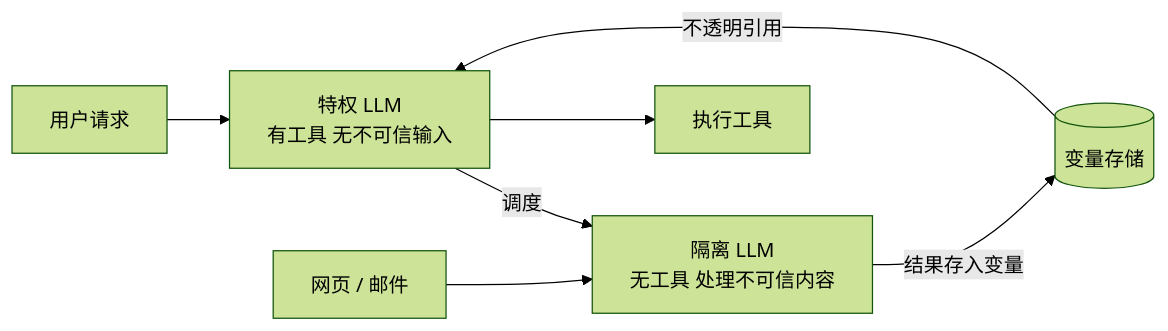
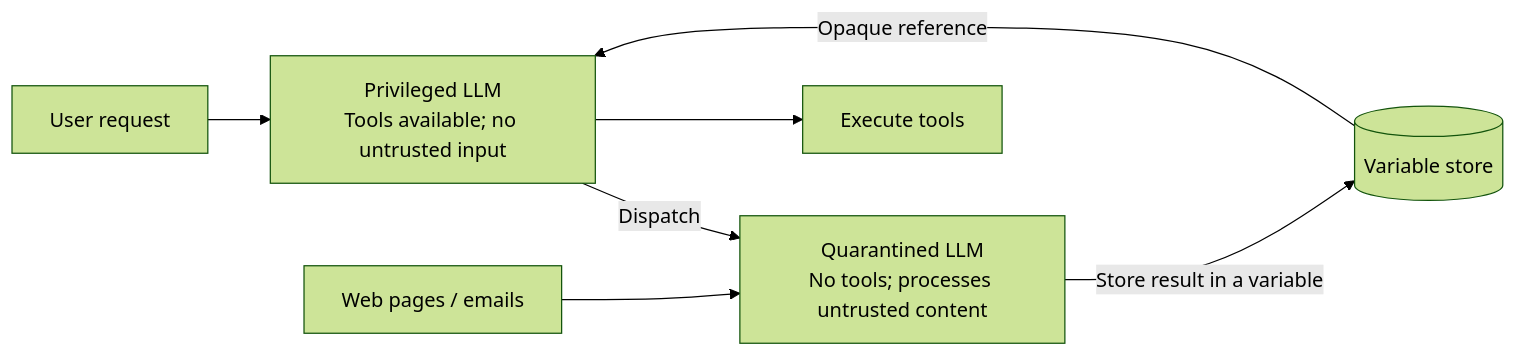
The fifth of 6 diagrams in docs/agent/05-production/15-agent-security.md (oneleaveknowsthefall/awesome-ai-roadmap), drawn with Mermaid (forest theme) before and after one commit. The commit also changed other lines of this file and 68 other files, not shown here.

````diff
--- a/docs/agent/05-production/15-agent-security.md
+++ b/docs/agent/05-production/15-agent-security.md
@@ -196,9 +196,9 @@
 ```mermaid
 flowchart LR
-    U[用户请求] --> P[特权 LLM<br/>有工具 无不可信输入]
-    P -->|调度| Q[隔离 LLM<br/>无工具 处理不可信内容]
-    W[网页 / 邮件] --> Q
-    Q -->|结果存入变量| V[(变量存储)]
-    V -->|不透明引用| P
-    P --> T[执行工具]
+    U[User request] --> P[Privileged LLM<br/>Tools available; no untrusted input]
+    P -->|Dispatch| Q[Quarantined LLM<br/>No tools; processes untrusted content]
+    W[Web pages / emails] --> Q
+    Q -->|Store result in a variable| V[(Variable store)]
+    V -->|Opaque reference| P
+    P --> T[Execute tools]
 ```
````
